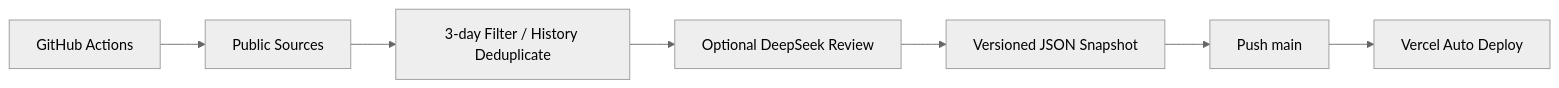
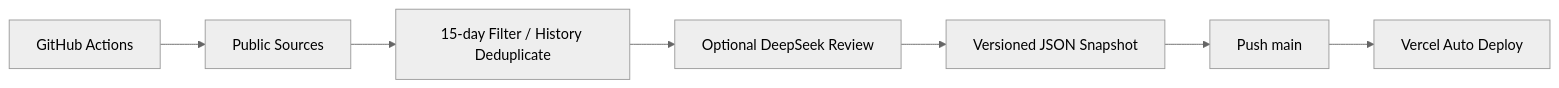
The fourth of 5 diagrams in README.md (bbc804208302/AIPM-), drawn with Mermaid (neutral theme) before and after one commit. The commit also changed other lines of this file and 16 other files, not shown here.

````diff
--- a/README.md
+++ b/README.md
@@ -296,9 +296,9 @@
 ```mermaid
 flowchart LR
   GA[GitHub Actions] --> PS[Public Sources]
-  PS --> DD[3-day Filter / History Deduplicate]
+  PS --> DD[15-day Filter / History Deduplicate]
   DD --> LLM[Optional DeepSeek Review]
   LLM --> JSON[Versioned JSON Snapshot]
   JSON --> MAIN[Push main]
   MAIN --> VC[Vercel Auto Deploy]
 ```
````
